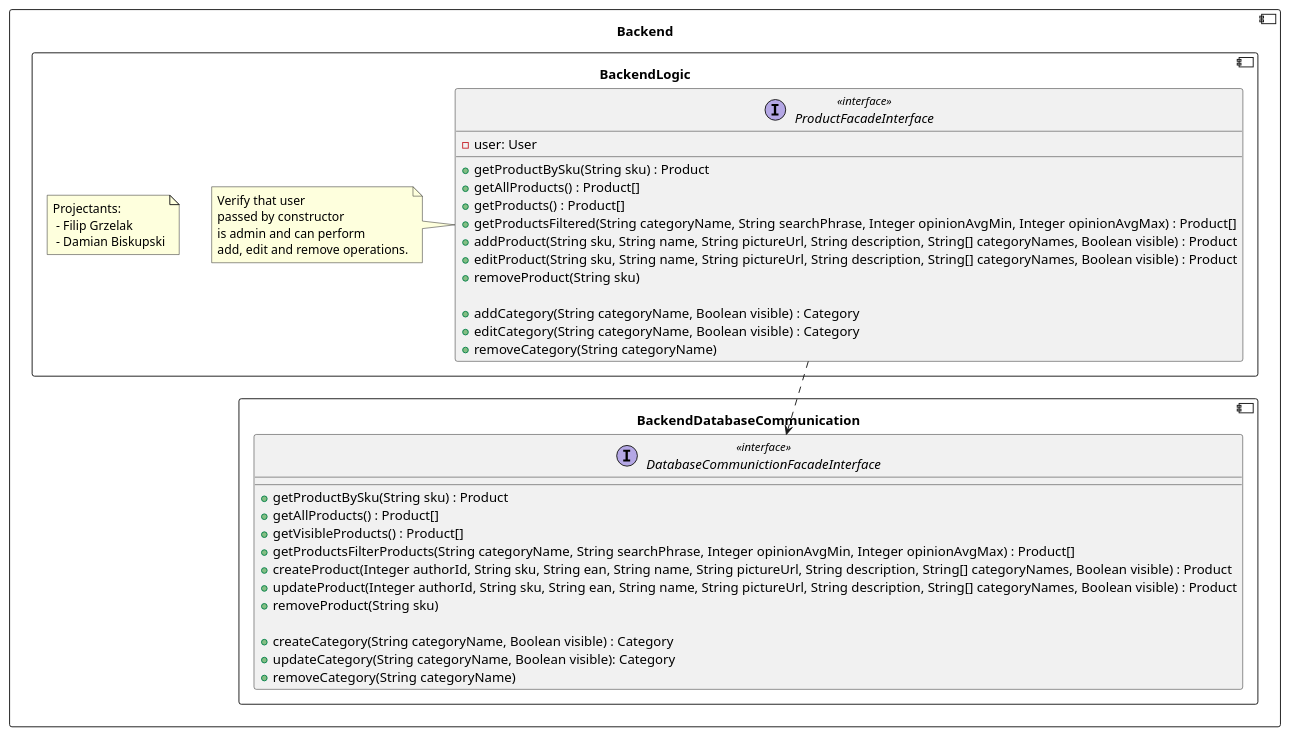
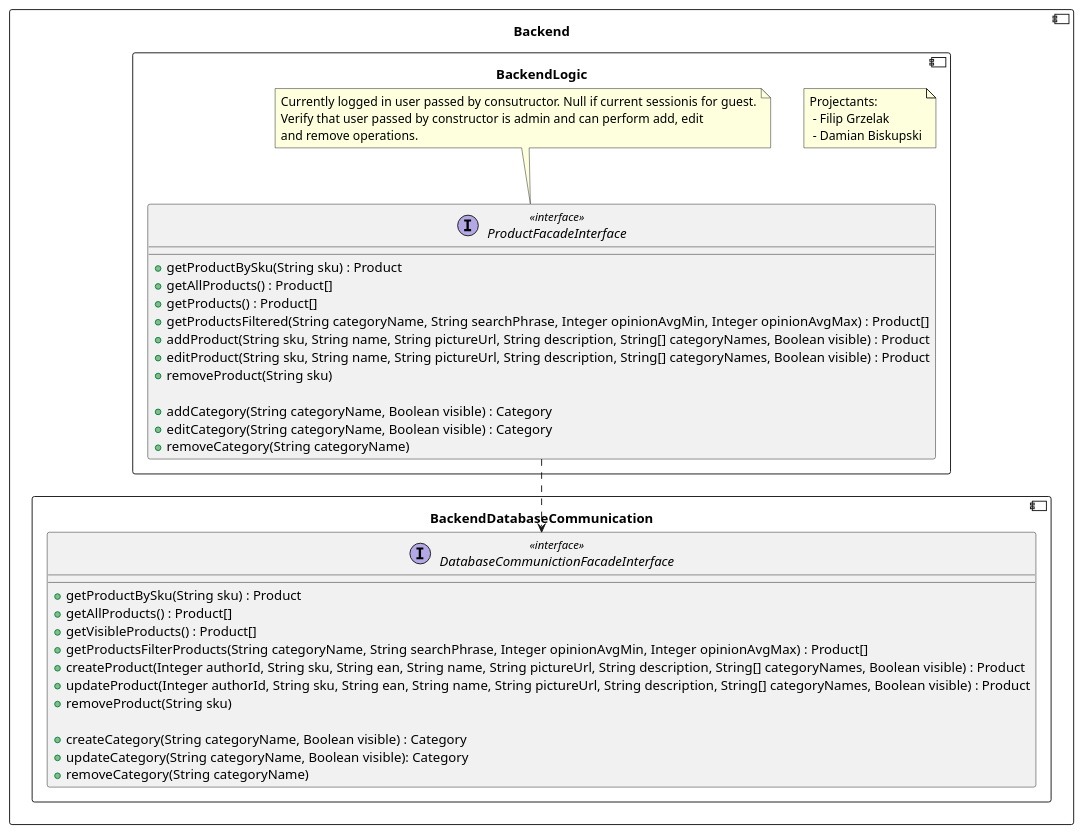
The third of 5 diagrams in backend/BackendLogic.md (RadekBucki/OpinionCollectorArchitecture), drawn with PlantUML before and after one commit. The commit also changed other lines of this file, not shown here.

Commit message:
Add comment instead of property to interface

````diff
--- a/backend/BackendLogic.md
+++ b/backend/BackendLogic.md
@@ -85,52 +84,50 @@
 ```plantuml
 @startuml
 component Backend {
     component BackendDatabaseCommunication {
         interface DatabaseCommunictionFacadeInterface <<interface>> {
             + getProductBySku(String sku) : Product
             + getAllProducts() : Product[]
             + getVisibleProducts() : Product[]
             + getProductsFilterProducts(String categoryName, String searchPhrase, Integer opinionAvgMin, Integer opinionAvgMax) : Product[]
             + createProduct(Integer authorId, String sku, String ean, String name, String pictureUrl, String description, String[] categoryNames, Boolean visible) : Product
             + updateProduct(Integer authorId, String sku, String ean, String name, String pictureUrl, String description, String[] categoryNames, Boolean visible) : Product
             + removeProduct(String sku)
 
             + createCategory(String categoryName, Boolean visible) : Category
             + updateCategory(String categoryName, Boolean visible): Category
             + removeCategory(String categoryName)
         }
     }
     
     component BackendLogic {
         note as Authors
             Projectants: 
              - Filip Grzelak
              - Damian Biskupski
         endnote
         
         ProductFacadeInterface  ..> DatabaseCommunictionFacadeInterface
         interface ProductFacadeInterface <<interface>> {
-            - user: User
             + getProductBySku(String sku) : Product
             + getAllProducts() : Product[]
             + getProducts() : Product[]
             + getProductsFiltered(String categoryName, String searchPhrase, Integer opinionAvgMin, Integer opinionAvgMax) : Product[]
             + addProduct(String sku, String name, String pictureUrl, String description, String[] categoryNames, Boolean visible) : Product
             + editProduct(String sku, String name, String pictureUrl, String description, String[] categoryNames, Boolean visible) : Product
             + removeProduct(String sku)
             
             + addCategory(String categoryName, Boolean visible) : Category
             + editCategory(String categoryName, Boolean visible) : Category
             + removeCategory(String categoryName)
         }
     
-        note left of ProductFacadeInterface
-            Verify that user
-            passed by constructor
-            is admin and can perform
-            add, edit and remove operations.
+        note top of ProductFacadeInterface
+            Currently logged in user passed by consutructor. Null if current sessionis for guest.
+            Verify that user passed by constructor is admin and can perform add, edit
+            and remove operations.
         endnote
     }
 }
 @enduml 
 ```
````
